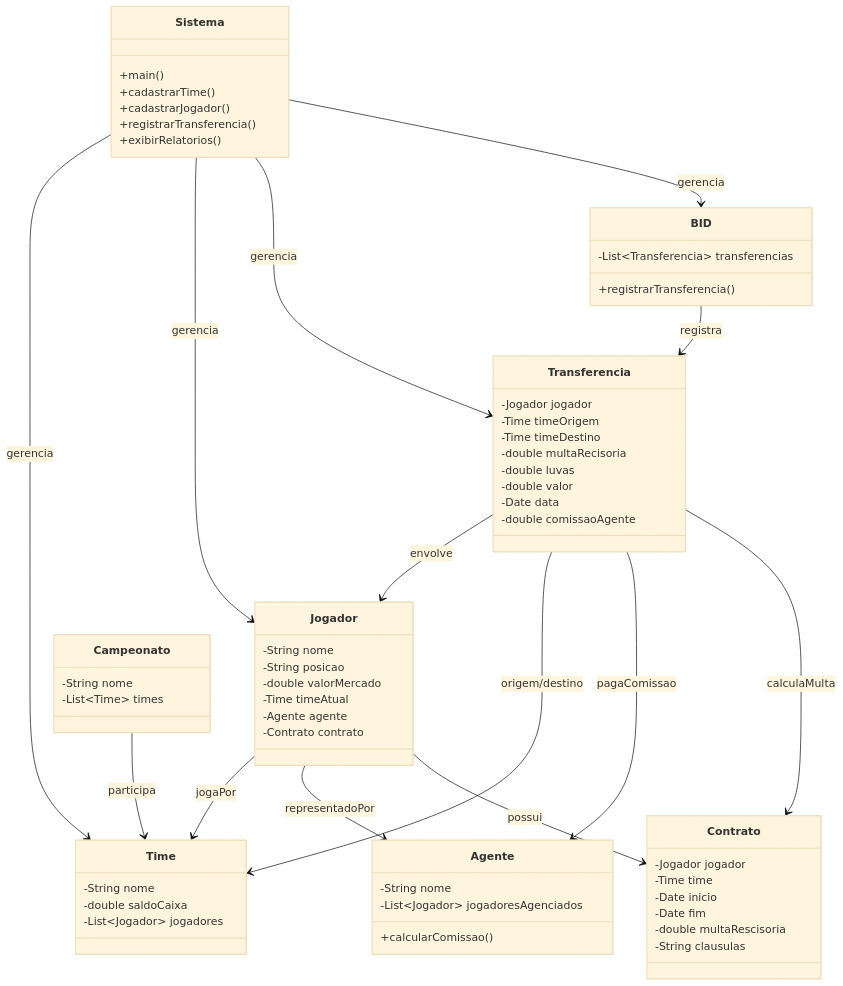
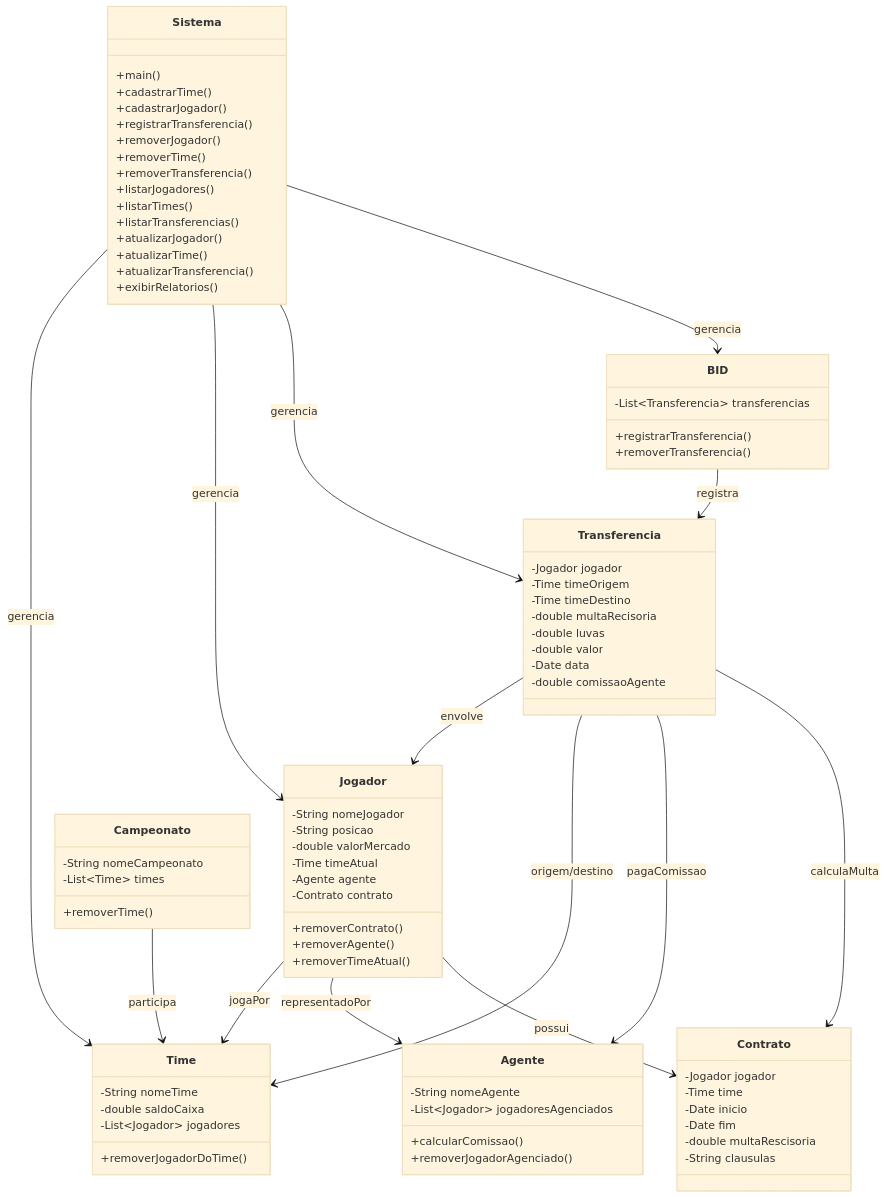
One commit to joaopfgomes/Trabalho-LP2 changed the diagram in README.md. Above: the diagram before and after it, drawn with Mermaid (base theme). The commit also changed other lines of this file and 8 other files, not shown here.

Commit message:
Refatora classes do sistema de agenciamento de jogadores para incluir métodos de remoção e inicialização de listas, Roadmap e Readme atualizado

```diff
--- a/README.md
+++ b/README.md
@@ -10,18 +9,22 @@
 ::: mermaid
     classDiagram
 class Jogador {
--String nome
+-String nomeJogador
 -String posicao
 -double valorMercado
 -Time timeAtual
 -Agente agente
 -Contrato contrato
++removerContrato()
++removerAgente()
++removerTimeAtual()
 }
 
 class Time {
--String nome
+-String nomeTime
 -double saldoCaixa
 -List~Jogador~ jogadores
++removerJogadorDoTime()
 }
 
 class Transferencia {
@@ -38,12 +41,14 @@
 class BID {
 -List~Transferencia~ transferencias
 +registrarTransferencia()
++removerTransferencia()
 }
 
 class Agente {
--String nome
+-String nomeAgente
 -List~Jogador~ jogadoresAgenciados
 +calcularComissao()
++removerJogadorAgenciado()
 }
 
 class Contrato {
@@ -56,8 +61,9 @@
 }
 
 class Campeonato {
--String nome
+-String nomeCampeonato
 -List~Time~ times
++removerTime()
 }
 
 class Sistema {
@@ -65,6 +71,15 @@
 +cadastrarTime()
 +cadastrarJogador()
 +registrarTransferencia()
++removerJogador()
++removerTime()
++removerTransferencia()
++listarJogadores()
++listarTimes()
++listarTransferencias()
++atualizarJogador()
++atualizarTime()
++atualizarTransferencia()
 +exibirRelatorios()
 }
 
```
